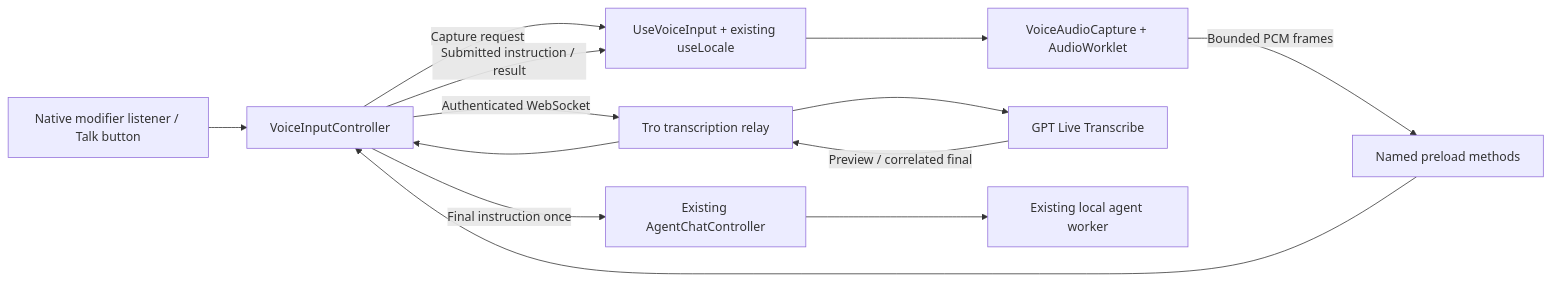
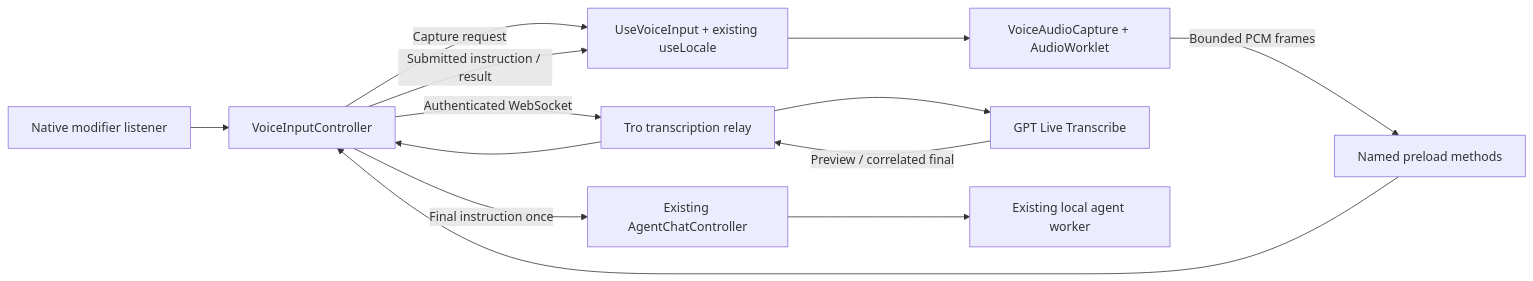
Before and after one commit to ducnguyen67201/TroApp: the diagram in docs/VoiceInputSpec.md, drawn with Mermaid. The commit also changed other lines of this file and 7 other files, not shown here.

````diff
--- a/docs/VoiceInputSpec.md
+++ b/docs/VoiceInputSpec.md
@@ -33,15 +32,15 @@
 ```mermaid
 flowchart LR
-  Keys[Native modifier listener / Talk button] --> Main[VoiceInputController]
+  Keys[Native modifier listener] --> Main[VoiceInputController]
   Main -->|Capture request| Hook[UseVoiceInput + existing useLocale]
   Hook --> Mic[VoiceAudioCapture + AudioWorklet]
   Mic -->|Bounded PCM frames| Preload[Named preload methods]
   Preload --> Main
   Main -->|Authenticated WebSocket| Relay[Tro transcription relay]
   Relay --> Provider[GPT Live Transcribe]
   Provider -->|Preview / correlated final| Relay
   Relay --> Main
   Main -->|Final instruction once| Chat[Existing AgentChatController]
   Chat --> Worker[Existing local agent worker]
   Main -->|Submitted instruction / result| Hook
 ```
````
